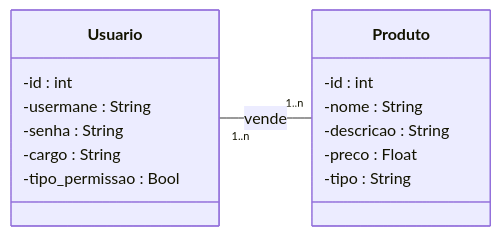
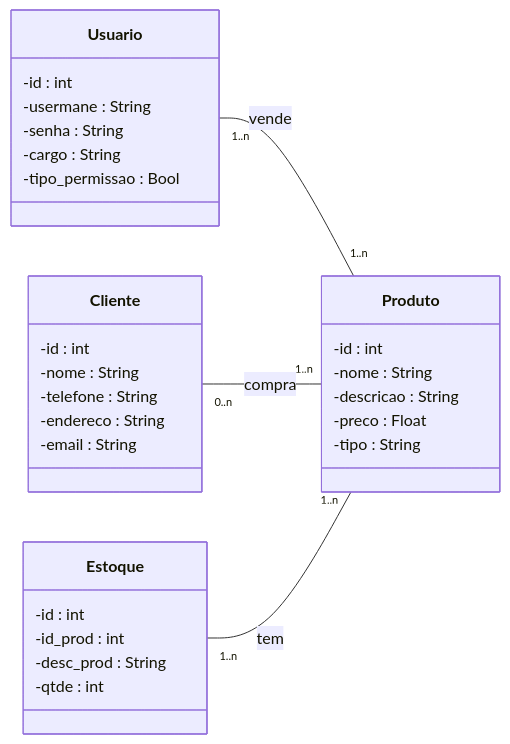
Before and after one commit to fernandesraquel/doc-modelos: the diagram in diagrams/diagram-class.md, drawn with Mermaid.

Commit message:
Update classe estoque

````diff
--- a/diagrams/diagram-class.md
+++ b/diagrams/diagram-class.md
@@ -2,23 +2,38 @@
 ```mermaid
 
 classDiagram
   direction RL
   class Produto {
     -id : int
     -nome : String
     -descricao : String
     -preco : Float
     -tipo : String
   }
   class Usuario{
     -id : int
     -usermane : String
     -senha : String
     -cargo : String
     -tipo_permissao : Bool
   }
+  class Cliente{
+    -id : int
+    -nome : String
+    -telefone : String
+    -endereco : String
+    -email : String
+  }
+  class Estoque{
+    -id : int 
+    -id_prod : int
+    -desc_prod : String
+    -qtde : int
+  }
 
   Produto "1..n" -- "1..n" Usuario : vende
+  Produto "1..n" -- "0..n" Cliente : compra
+  Produto "1..n" -- "1..n" Estoque : tem
 
 
 ```
````
